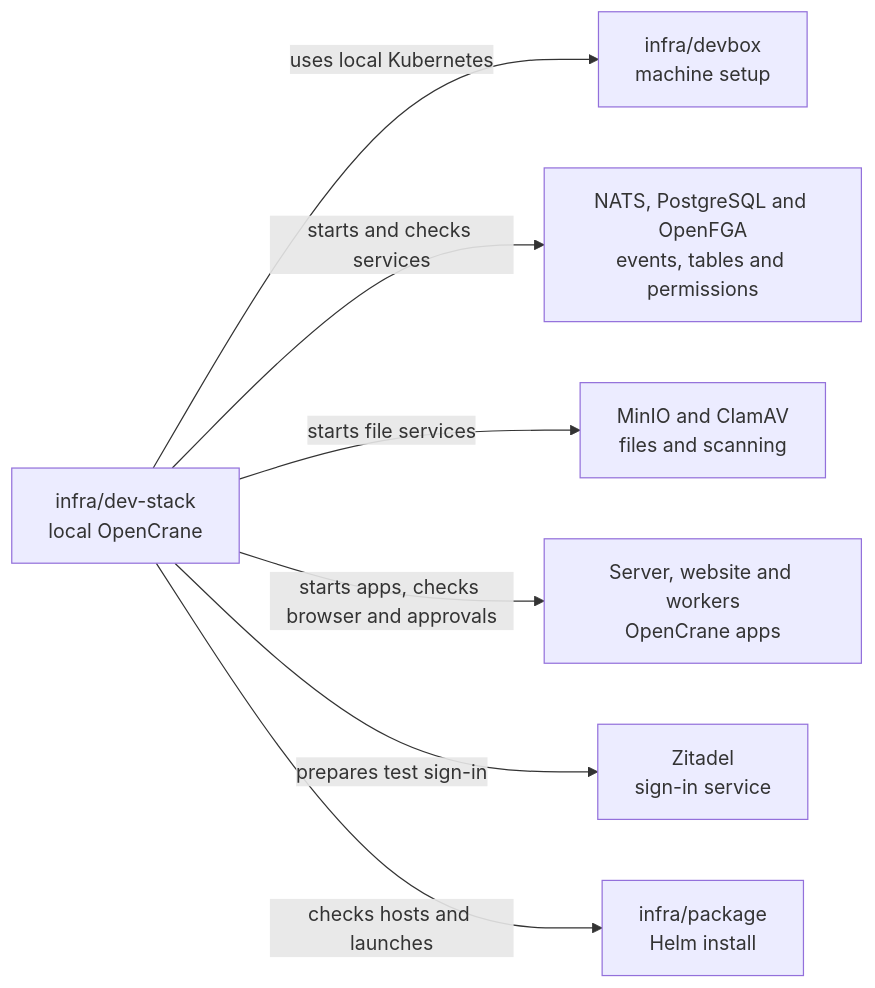
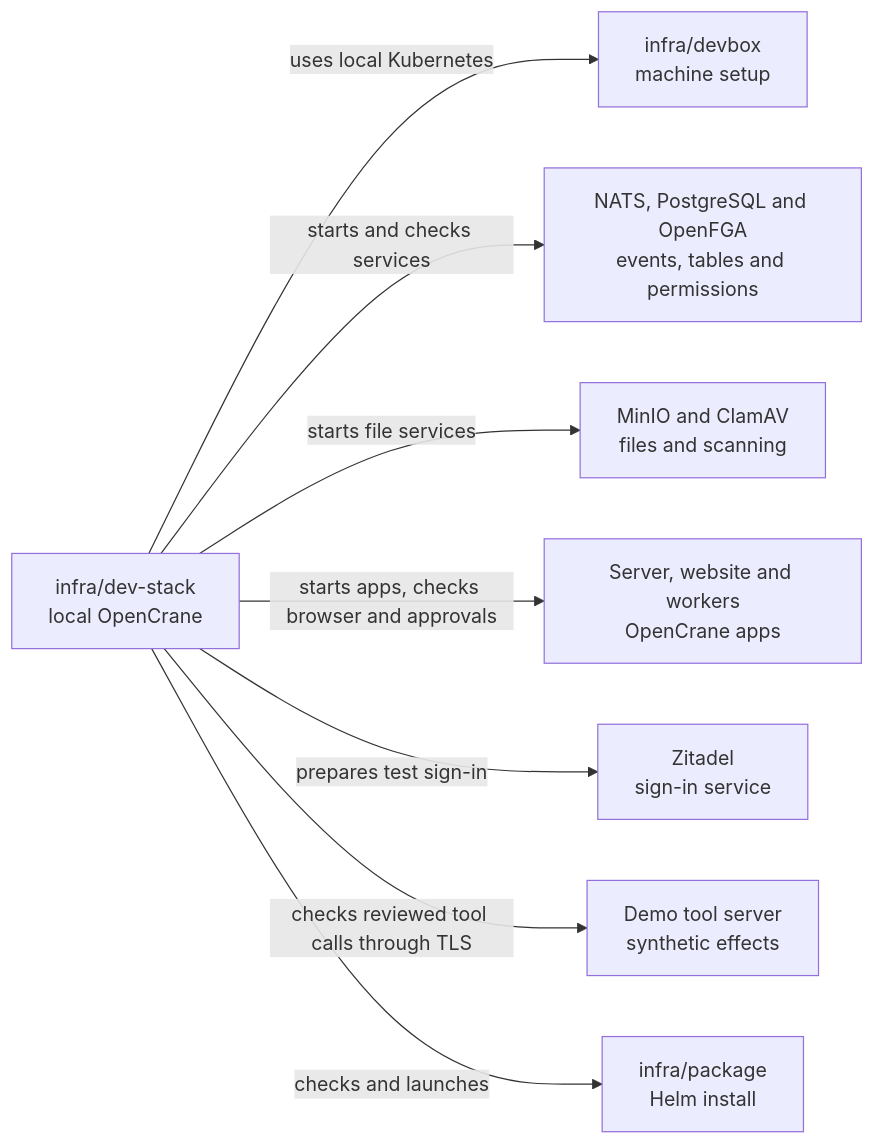
Before and after one commit to elewa-git/opencrane-new: the diagram in infra/dev-stack/README.md, drawn with Mermaid. The commit also changed other lines of this file and 7 other files, not shown here.

Commit message:
🧪 Qualify long chat approvals through the guarded TLS fixture

````diff
--- a/infra/dev-stack/README.md
+++ b/infra/dev-stack/README.md
@@ -19,9 +19,10 @@
 ```mermaid
 flowchart LR
   stack["infra/dev-stack<br/>local OpenCrane"] -->|uses local Kubernetes| devbox["infra/devbox<br/>machine setup"]
   stack -->|starts and checks services| services["NATS, PostgreSQL and OpenFGA<br/>events, tables and permissions"]
   stack -->|starts file services| files["MinIO and ClamAV<br/>files and scanning"]
   stack -->|starts apps, checks browser and approvals| apps["Server, website and workers<br/>OpenCrane apps"]
   stack -->|prepares test sign-in| zitadel["Zitadel<br/>sign-in service"]
-  stack -->|checks hosts and launches| package["infra/package<br/>Helm install"]
+  stack -->|checks reviewed tool calls through TLS| demo["Demo tool server<br/>synthetic effects"]
+  stack -->|checks and launches| package["infra/package<br/>Helm install"]
 ```
````
